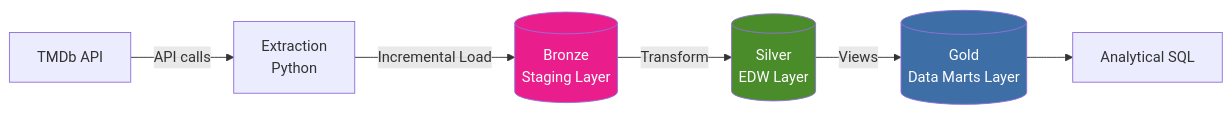
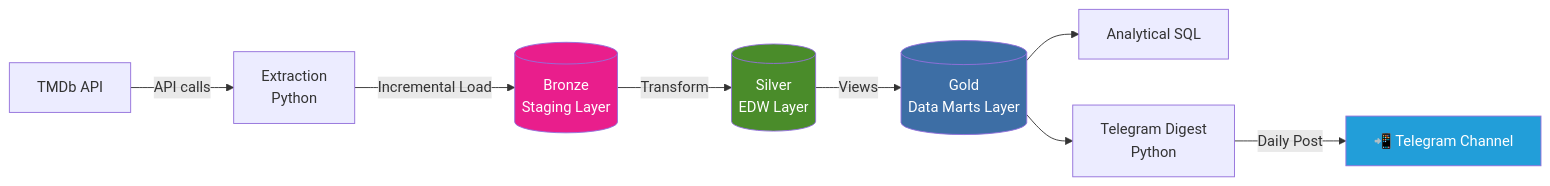
The first of 4 diagrams in README.md (NimaAfkham/Movie_Data_Warehouse), drawn with Mermaid before and after one commit. The commit also changed other lines of this file, not shown here.

Commit message:
achieved phase2 and we have solid telegram channel that automatically sends each days most trending movie!

````diff
--- a/README.md
+++ b/README.md
@@ -11,12 +13,15 @@
 ```mermaid
 flowchart LR
     A[TMDb API] -->|API calls| B[Extraction<br/>Python]
     B -->|Incremental Load| C[(Bronze<br/>Staging Layer)]
     C -->|Transform| D[(Silver<br/>EDW Layer)]
     D -->|Views| E[(Gold<br/>Data Marts Layer)]
     E --> F[Analytical SQL]
+    E --> G[Telegram Digest<br/>Python]
+    G -->|Daily Post| H[📲 Telegram Channel]
 
     style C fill:#e91e8c,color:#fff
     style D fill:#4a8c2a,color:#fff
     style E fill:#3d6ea5,color:#fff
+    style H fill:#229ed9,color:#fff
 ```
````
